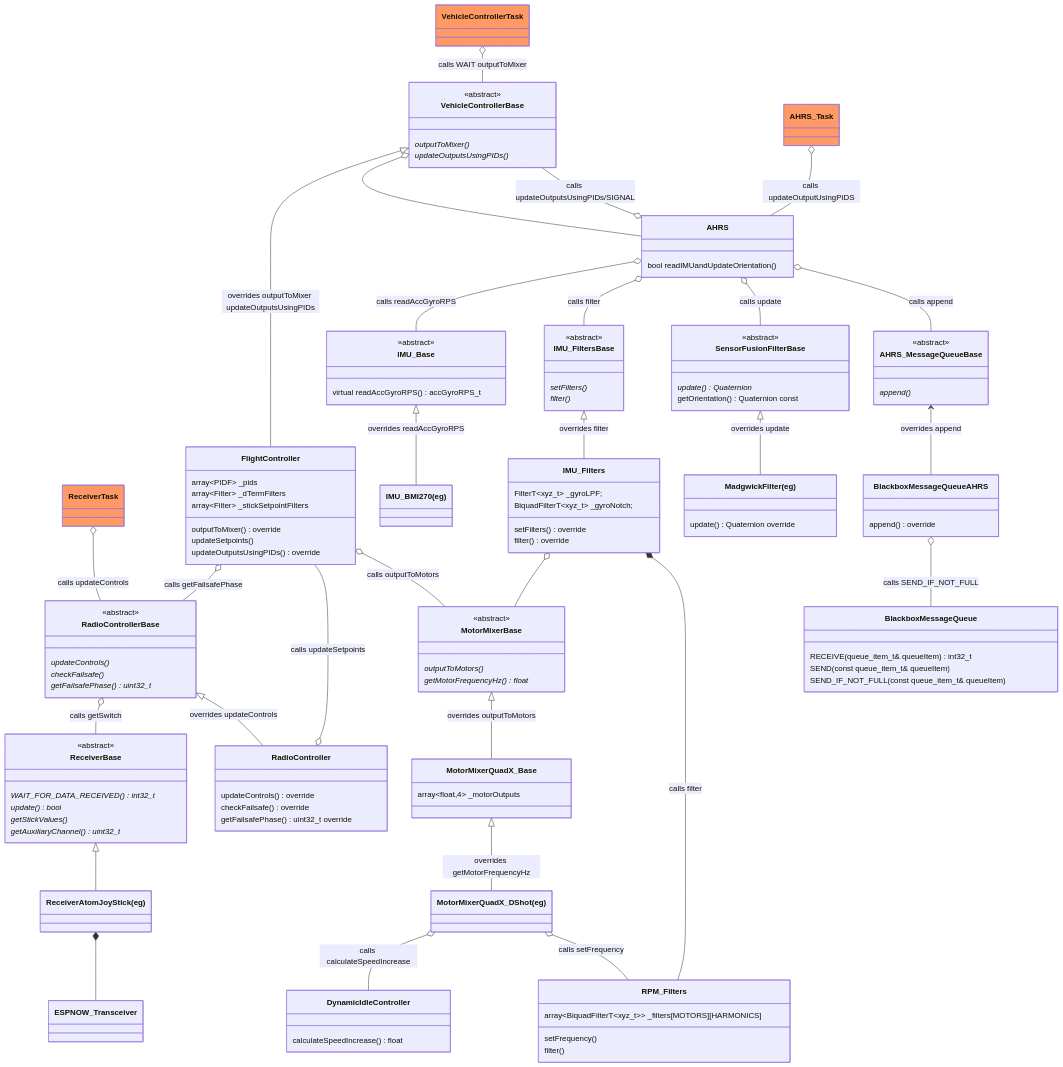
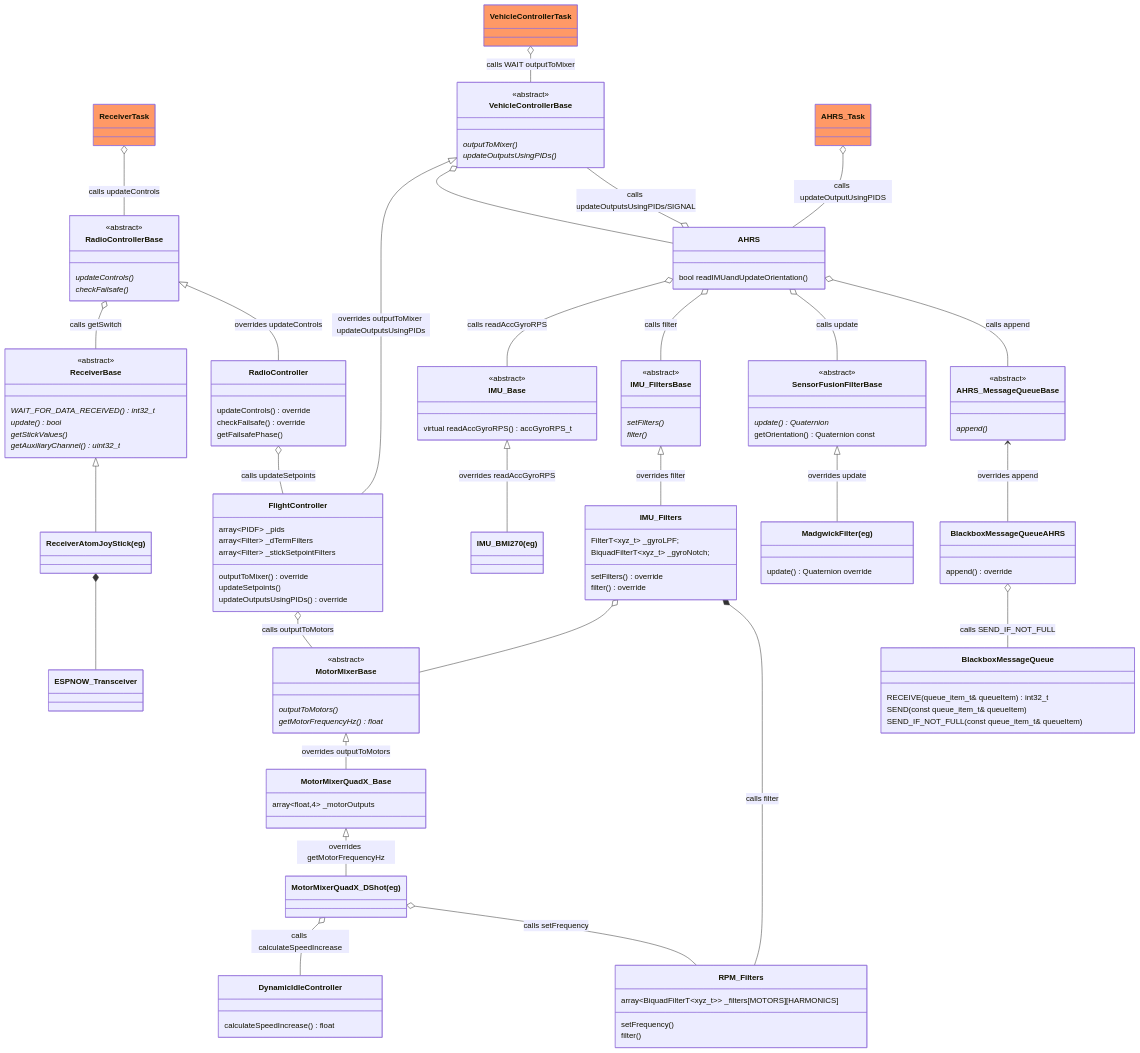
The first of 5 diagrams in README.md (martinbudden/Protoflight), drawn with Mermaid before and after one commit. The commit also changed other lines of this file and 21 other files, not shown here.

Commit message:
Removed RadioController fromFlightController. Improved outputToMotors.

```diff
--- a/README.md
+++ b/README.md
@@ -315,8 +315,7 @@
         updateOutputsUsingPIDs() override
     }
     link FlightController "https://github.com/martinbudden/protoflight/blob/main/lib/FlightController/src/FlightController.h"
-    FlightController o-- RadioControllerBase : calls getFailsafePhase
-    FlightController --o RadioController : calls updateSetpoints
+    RadioController o-- FlightController : calls updateSetpoints
     FlightController o-- MotorMixerBase : calls outputToMotors
 
     class AHRS {
@@ -349,7 +348,6 @@
         <<abstract>>
         updateControls() *
         checkFailsafe() *
-        getFailsafePhase() uint32_t *
     }
     link RadioControllerBase "https://github.com/martinbudden/Library-Receiver/blob/main/src/RadioControllerBase.h"
 
@@ -361,7 +359,7 @@
     class RadioController {
         updateControls() override
         checkFailsafe() override
-        getFailsafePhase() uint32_t override
+        getFailsafePhase()
     }
     link RadioController "https://github.com/martinbudden/protoflight/blob/main/lib/FlightController/src/RadioController.h"
 
```
